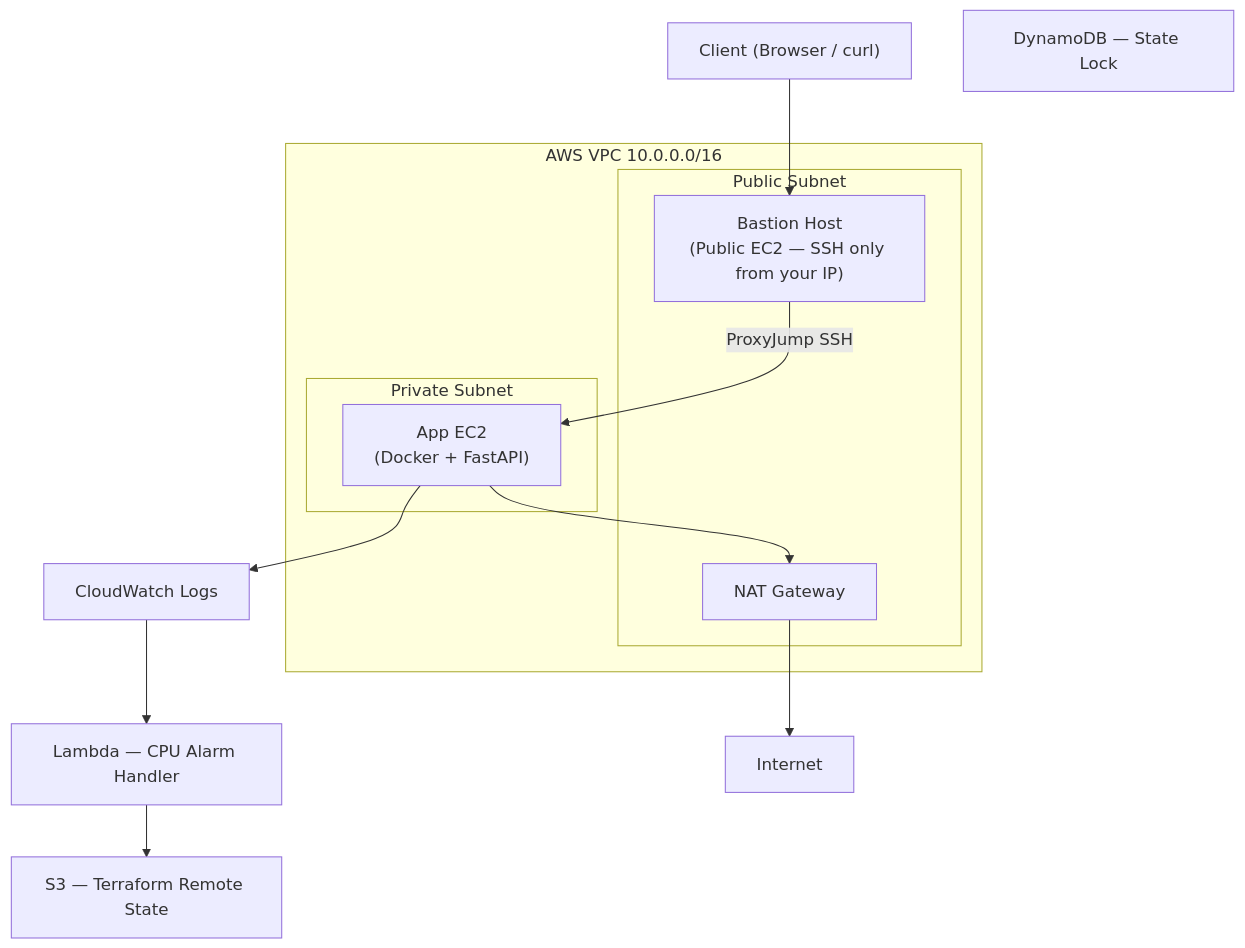
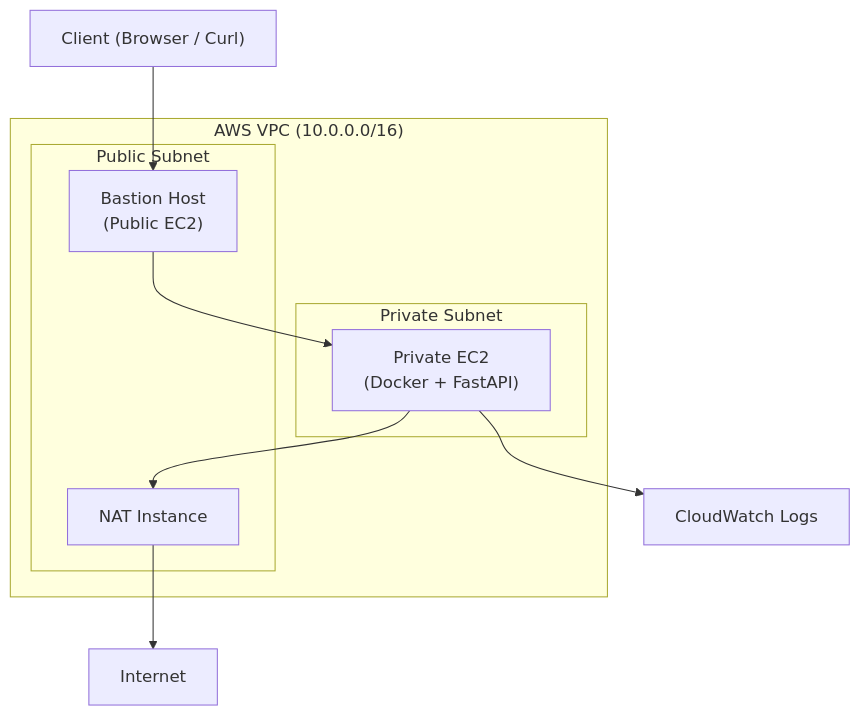
One commit to VeeraReddyRavuri/aws-production-infra-blueprint changed the diagram in README.md. Above: the diagram before and after it, drawn with Mermaid. The commit also changed other lines of this file, not shown here.

````diff
--- a/README.md
+++ b/README.md
@@ -30,27 +30,30 @@
 ```mermaid
 flowchart TD
-    Client["Client (Browser / curl)"]
-    Bastion["Bastion Host\n(Public EC2 — SSH only from your IP)"]
 
-    subgraph VPC["AWS VPC  10.0.0.0/16"]
+    Client["Client (Browser / Curl)"]
+
+    Bastion["Bastion Host\n(Public EC2)"]
+
+    subgraph VPC["AWS VPC (10.0.0.0/16)"]
+
         subgraph PublicSubnet["Public Subnet"]
             Bastion
-            NAT["NAT Gateway"]
+            NAT["NAT Instance"]
         end
+
         subgraph PrivateSubnet["Private Subnet"]
-            AppEC2["App EC2\n(Docker + FastAPI)"]
+            AppEC2["Private EC2\n(Docker + FastAPI)"]
         end
+
     end
 
-    S3["S3 — Terraform Remote State"]
-    DynamoDB["DynamoDB — State Lock"]
     CloudWatch["CloudWatch Logs"]
-    Lambda["Lambda — CPU Alarm Handler"]
 
     Client --> Bastion
-    Bastion -->|"ProxyJump SSH"| AppEC2
-    AppEC2 --> NAT --> Internet["Internet"]
+    Bastion --> AppEC2
+
+    AppEC2 --> NAT
+    NAT --> Internet["Internet"]
+
     AppEC2 --> CloudWatch
-    CloudWatch --> Lambda
-    Lambda --> S3
 ```
````
